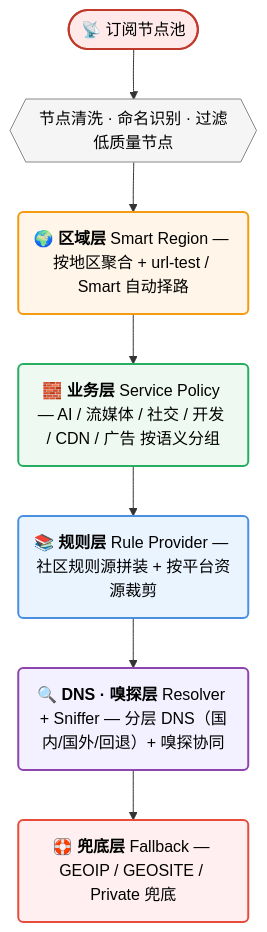
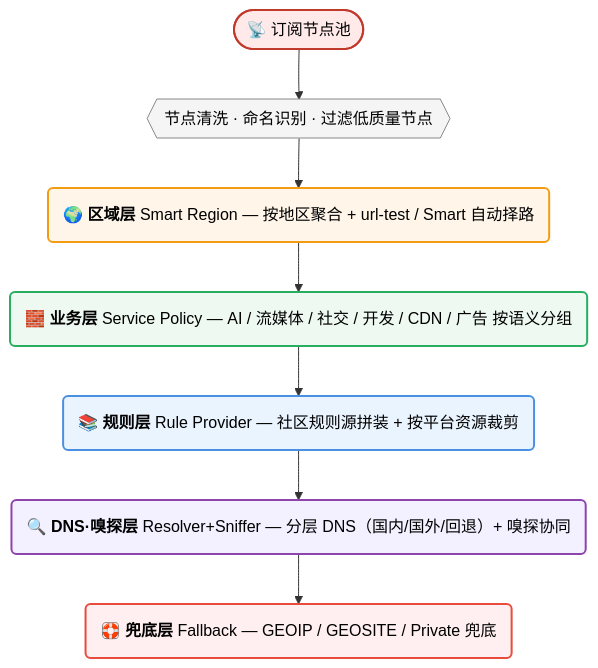
Before and after one commit to IvanSolis1989/Smart-Config-Kit: the first of 2 diagrams in README.md, drawn with Mermaid.

First paragraph of the commit message:
docs: force mermaid 🧭 flowchart boxes to single-line via wrappingWidth config + &nbsp;
Previous commit reduced source to 1 line per node but rendered output
still wrapped to 3 lines per box because mermaid's default flowchart
wrappingWidth is around 200px. Screenshot confirmed boxes too narrow.

````diff
--- a/README.md
+++ b/README.md
@@ -35,18 +35,24 @@
 ```mermaid
+---
+config:
+  flowchart:
+    htmlLabels: true
+    wrappingWidth: 800
+---
 flowchart TB
-    A(["📡 订阅节点池"])
-    A --> B{{"节点清洗 · 命名识别 · 过滤低质量节点"}}
-    B --> C("🌍 <b>区域层</b> Smart Region — 按地区聚合 + url-test / Smart 自动择路")
-    C --> D("🧱 <b>业务层</b> Service Policy — AI / 流媒体 / 社交 / 开发 / CDN / 广告 按语义分组")
-    D --> E("📚 <b>规则层</b> Rule Provider — 社区规则源拼装 + 按平台资源裁剪")
-    E --> F("🔍 <b>DNS · 嗅探层</b> Resolver + Sniffer — 分层 DNS（国内/国外/回退）+ 嗅探协同")
-    F --> G("🛟 <b>兜底层</b> Fallback — GEOIP / GEOSITE / Private 兜底")
+    A(["📡&nbsp;订阅节点池"])
+    A --> B{{"节点清洗&nbsp;·&nbsp;命名识别&nbsp;·&nbsp;过滤低质量节点"}}
+    B --> C("🌍&nbsp;<b>区域层</b>&nbsp;Smart&nbsp;Region&nbsp;—&nbsp;按地区聚合&nbsp;+&nbsp;url-test&nbsp;/&nbsp;Smart&nbsp;自动择路")
+    C --> D("🧱&nbsp;<b>业务层</b>&nbsp;Service&nbsp;Policy&nbsp;—&nbsp;AI&nbsp;/&nbsp;流媒体&nbsp;/&nbsp;社交&nbsp;/&nbsp;开发&nbsp;/&nbsp;CDN&nbsp;/&nbsp;广告&nbsp;按语义分组")
+    D --> E("📚&nbsp;<b>规则层</b>&nbsp;Rule&nbsp;Provider&nbsp;—&nbsp;社区规则源拼装&nbsp;+&nbsp;按平台资源裁剪")
+    E --> F("🔍&nbsp;<b>DNS·嗅探层</b>&nbsp;Resolver+Sniffer&nbsp;—&nbsp;分层&nbsp;DNS（国内/国外/回退）+&nbsp;嗅探协同")
+    F --> G("🛟&nbsp;<b>兜底层</b>&nbsp;Fallback&nbsp;—&nbsp;GEOIP&nbsp;/&nbsp;GEOSITE&nbsp;/&nbsp;Private&nbsp;兜底")
 
     style A fill:#FFE9E9,stroke:#C0392B,stroke-width:2px,color:#000
     style B fill:#F5F5F5,stroke:#888,stroke-width:1px,color:#000
     style C fill:#FFF6E9,stroke:#F39C12,stroke-width:2px,color:#000
     style D fill:#EEF9F1,stroke:#27AE60,stroke-width:2px,color:#000
     style E fill:#EAF4FF,stroke:#4A90E2,stroke-width:2px,color:#000
     style F fill:#F3F0FF,stroke:#8E44AD,stroke-width:2px,color:#000
     style G fill:#FFEFF0,stroke:#E74C3C,stroke-width:2px,color:#000
 ```
````
